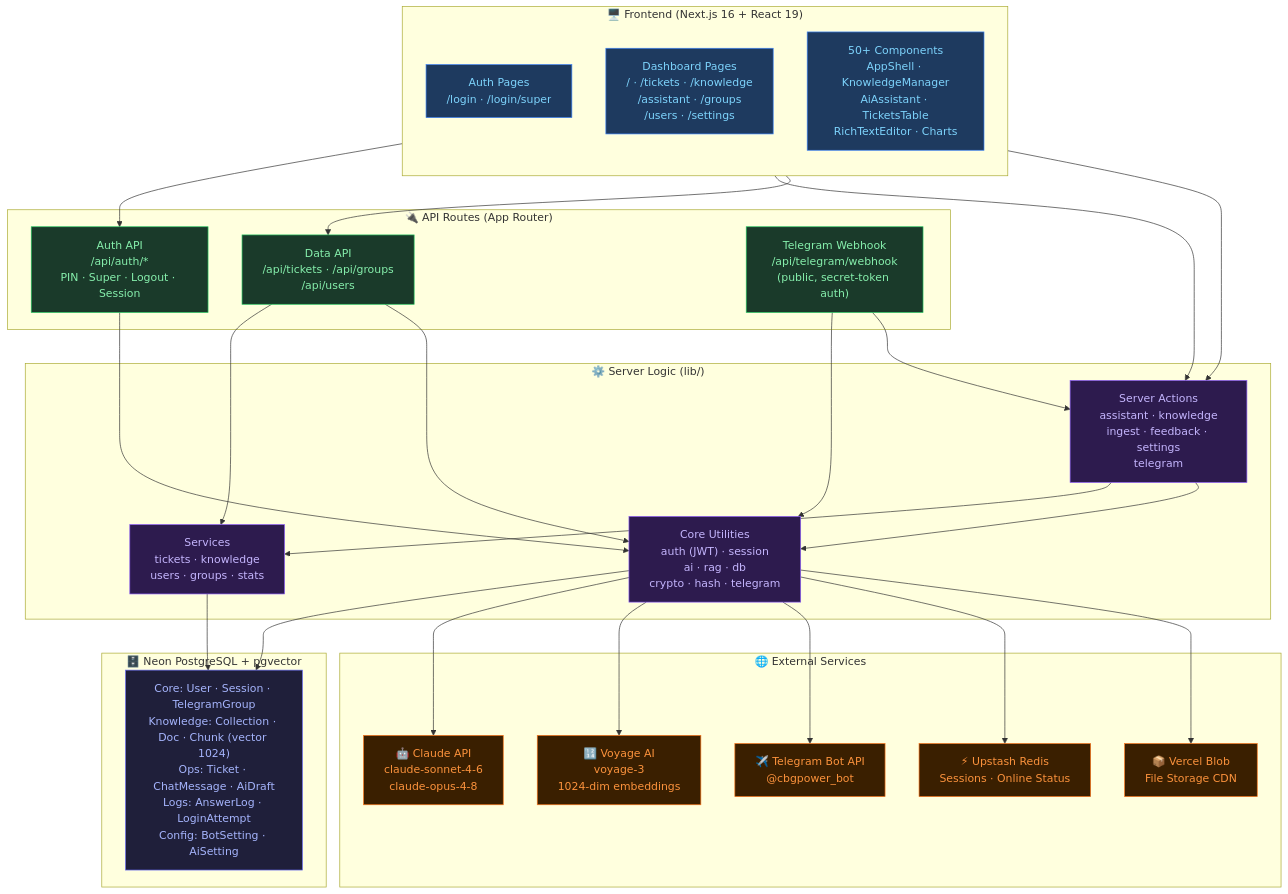
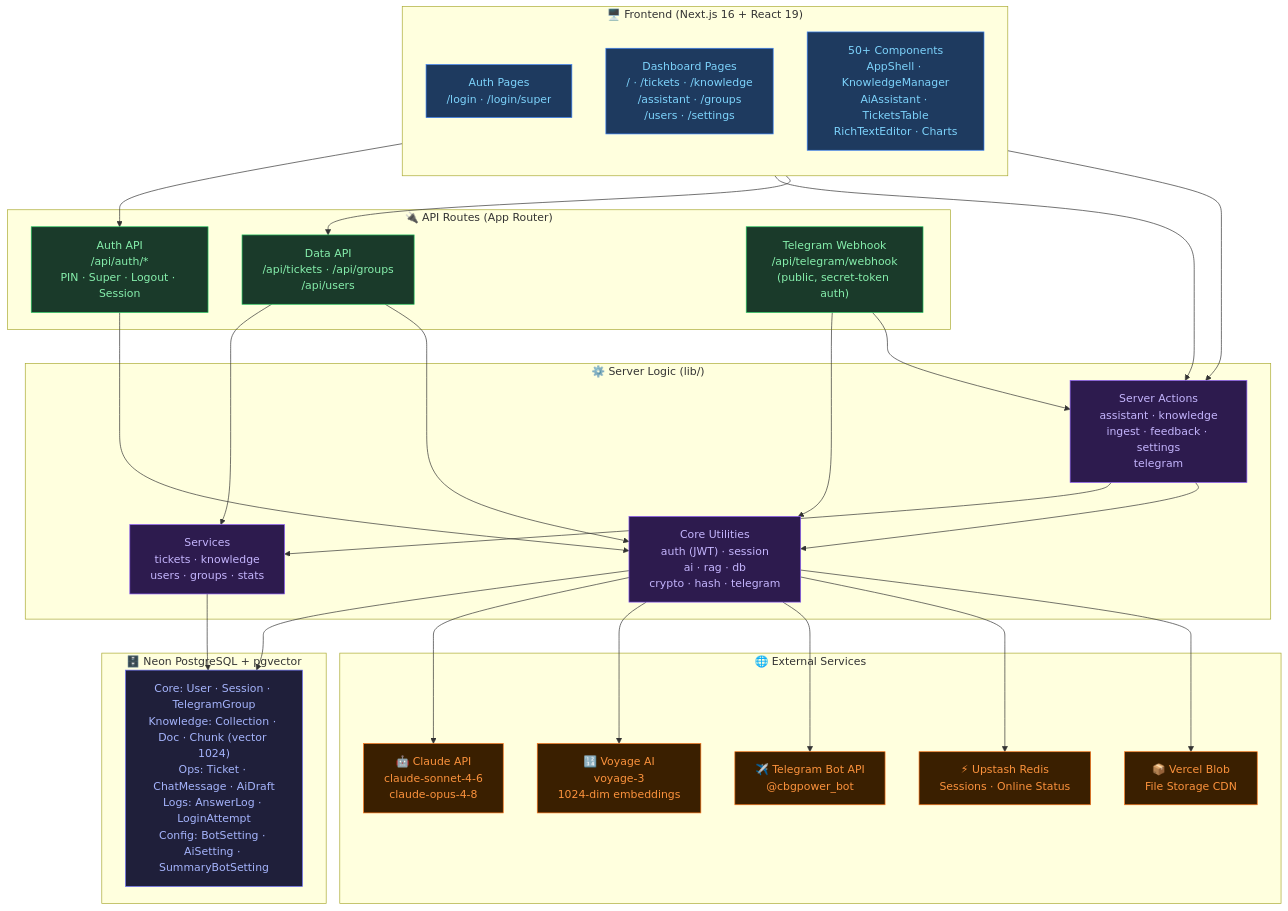
The first of 7 diagrams in docs/graphify.md (bazamakold-cmyk/telabotpower), drawn with Mermaid before and after one commit. The commit also changed other lines of this file, not shown here.

Commit message:
docs(graphify): add SummaryBotSetting to project map

````diff
--- a/docs/graphify.md
+++ b/docs/graphify.md
@@ -9,61 +9,61 @@
 ```mermaid
 graph TB
     classDef page fill:#1e3a5f,color:#7dd3fc,stroke:#3b82f6
     classDef api fill:#1a3a2a,color:#86efac,stroke:#22c55e
     classDef lib fill:#2d1b4e,color:#c4b5fd,stroke:#8b5cf6
     classDef ext fill:#3a1f00,color:#fb923c,stroke:#f97316
     classDef db fill:#1f1f3a,color:#a5b4fc,stroke:#6366f1
 
     subgraph UI["🖥️ Frontend (Next.js 16 + React 19)"]
         direction TB
         AUTH_PAGES["Auth Pages\n/login · /login/super"]:::page
         DASH_PAGES["Dashboard Pages\n/ · /tickets · /knowledge\n/assistant · /groups\n/users · /settings"]:::page
         COMPONENTS["50+ Components\nAppShell · KnowledgeManager\nAiAssistant · TicketsTable\nRichTextEditor · Charts"]:::page
     end
 
     subgraph API_LAYER["🔌 API Routes (App Router)"]
         AUTH_API["Auth API\n/api/auth/*\nPIN · Super · Logout · Session"]:::api
         DATA_API["Data API\n/api/tickets · /api/groups\n/api/users"]:::api
         WEBHOOK["Telegram Webhook\n/api/telegram/webhook\n(public, secret-token auth)"]:::api
     end
 
     subgraph SERVER["⚙️ Server Logic (lib/)"]
         ACTIONS["Server Actions\nassistant · knowledge\ningest · feedback · settings\ntelegram"]:::lib
         SERVICES["Services\ntickets · knowledge\nusers · groups · stats"]:::lib
         CORE["Core Utilities\nauth (JWT) · session\nai · rag · db\ncrypto · hash · telegram"]:::lib
     end
 
     subgraph EXT["🌐 External Services"]
         CLAUDE["🤖 Claude API\nclaude-sonnet-4-6\nclaude-opus-4-8"]:::ext
         VOYAGE["🔢 Voyage AI\nvoyage-3\n1024-dim embeddings"]:::ext
         TG_API["✈️ Telegram Bot API\n@cbgpower_bot"]:::ext
         REDIS["⚡ Upstash Redis\nSessions · Online Status"]:::ext
         BLOB["📦 Vercel Blob\nFile Storage CDN"]:::ext
     end
 
     subgraph DB["🗄️ Neon PostgreSQL + pgvector"]
-        MODELS["Core: User · Session · TelegramGroup\nKnowledge: Collection · Doc · Chunk (vector 1024)\nOps: Ticket · ChatMessage · AiDraft\nLogs: AnswerLog · LoginAttempt\nConfig: BotSetting · AiSetting"]:::db
+        MODELS["Core: User · Session · TelegramGroup\nKnowledge: Collection · Doc · Chunk (vector 1024)\nOps: Ticket · ChatMessage · AiDraft\nLogs: AnswerLog · LoginAttempt\nConfig: BotSetting · AiSetting · SummaryBotSetting"]:::db
     end
 
     AUTH_PAGES --> AUTH_API
     DASH_PAGES --> ACTIONS
     DASH_PAGES --> DATA_API
     COMPONENTS --> ACTIONS
 
     AUTH_API --> CORE
     DATA_API --> SERVICES
     DATA_API --> CORE
     WEBHOOK --> CORE
     WEBHOOK --> ACTIONS
 
     ACTIONS --> SERVICES
     ACTIONS --> CORE
     SERVICES --> MODELS
     CORE --> MODELS
 
     CORE --> CLAUDE
     CORE --> VOYAGE
     CORE --> TG_API
     CORE --> REDIS
     CORE --> BLOB
 ```
````
